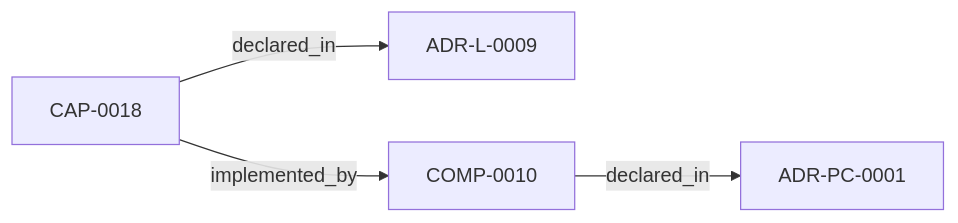
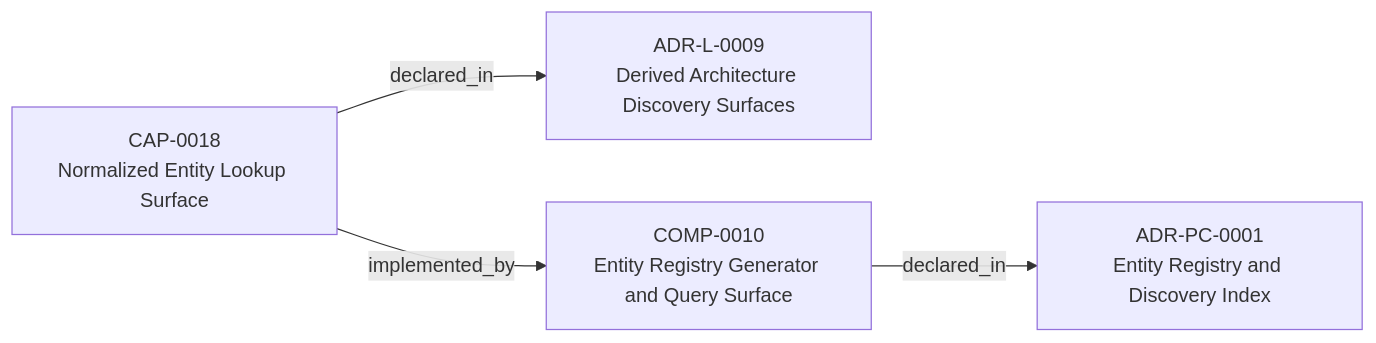
The first of 3 diagrams in adrs/adr-projection/logical/ADR-L-0009-derived-architecture-discovery-surfaces.md (egallmann/adr-architecture-kit), drawn with Mermaid before and after one commit. The commit also changed other lines of this file and 35 other files, not shown here.

````diff
--- a/adrs/adr-projection/logical/ADR-L-0009-derived-architecture-discovery-surfaces.md
+++ b/adrs/adr-projection/logical/ADR-L-0009-derived-architecture-discovery-surfaces.md
@@ -30,10 +30,10 @@
 ```mermaid
 flowchart LR
-  n_019fee89_e616_7121_a63e_0baad0a61fb3["CAP-0018"]
-  n_019fee89_e616_770c_a025_2c241a720730["ADR-L-0009"]
-  n_019fee89_e617_7270_ab2f_58a756d2530e["ADR-PC-0001"]
-  n_019fee89_e617_76d8_a333_e21361cd6602["COMP-0010"]
+  n_019fee89_e616_7121_a63e_0baad0a61fb3["CAP-0018<br/>Normalized Entity Lookup Surface"]
+  n_019fee89_e616_770c_a025_2c241a720730["ADR-L-0009<br/>Derived Architecture Discovery Surfaces"]
+  n_019fee89_e617_7270_ab2f_58a756d2530e["ADR-PC-0001<br/>Entity Registry and Discovery Index"]
+  n_019fee89_e617_76d8_a333_e21361cd6602["COMP-0010<br/>Entity Registry Generator and Query Surface"]
   n_019fee89_e616_7121_a63e_0baad0a61fb3 -->|"declared_in"| n_019fee89_e616_770c_a025_2c241a720730
   n_019fee89_e617_76d8_a333_e21361cd6602 -->|"declared_in"| n_019fee89_e617_7270_ab2f_58a756d2530e
   n_019fee89_e616_7121_a63e_0baad0a61fb3 -->|"implemented_by"| n_019fee89_e617_76d8_a333_e21361cd6602
 ```
````
